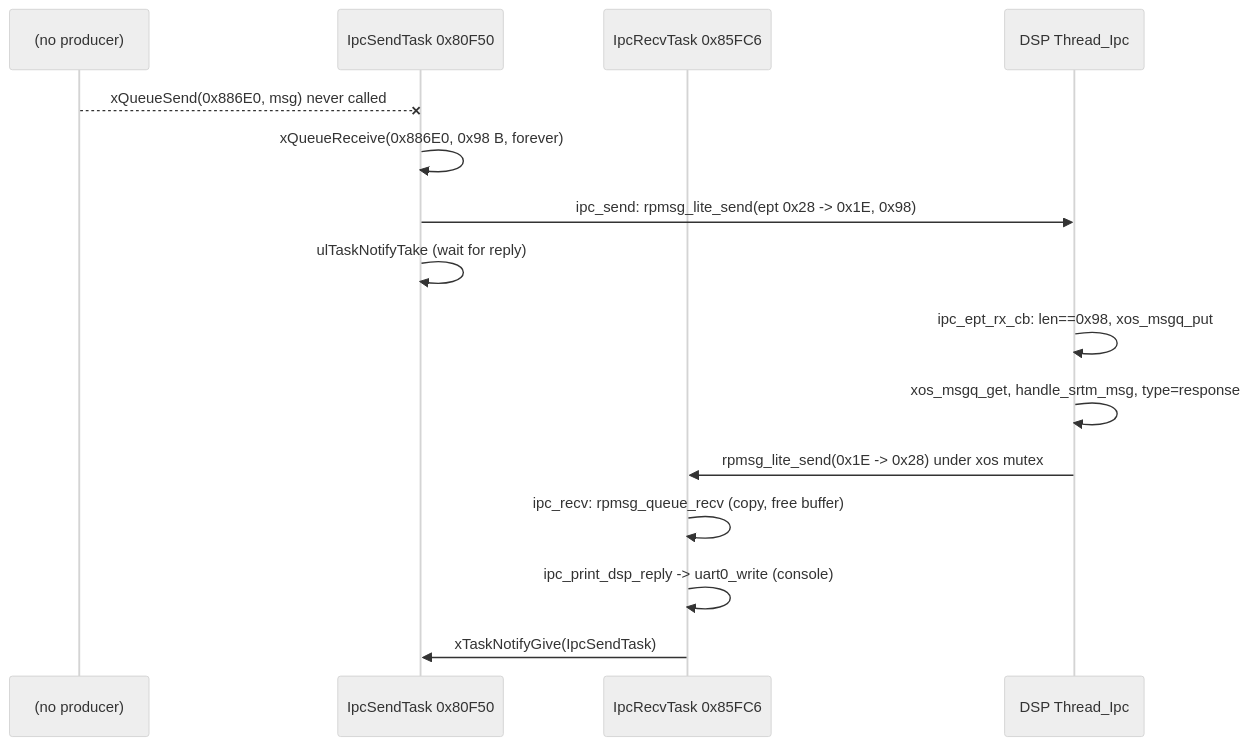
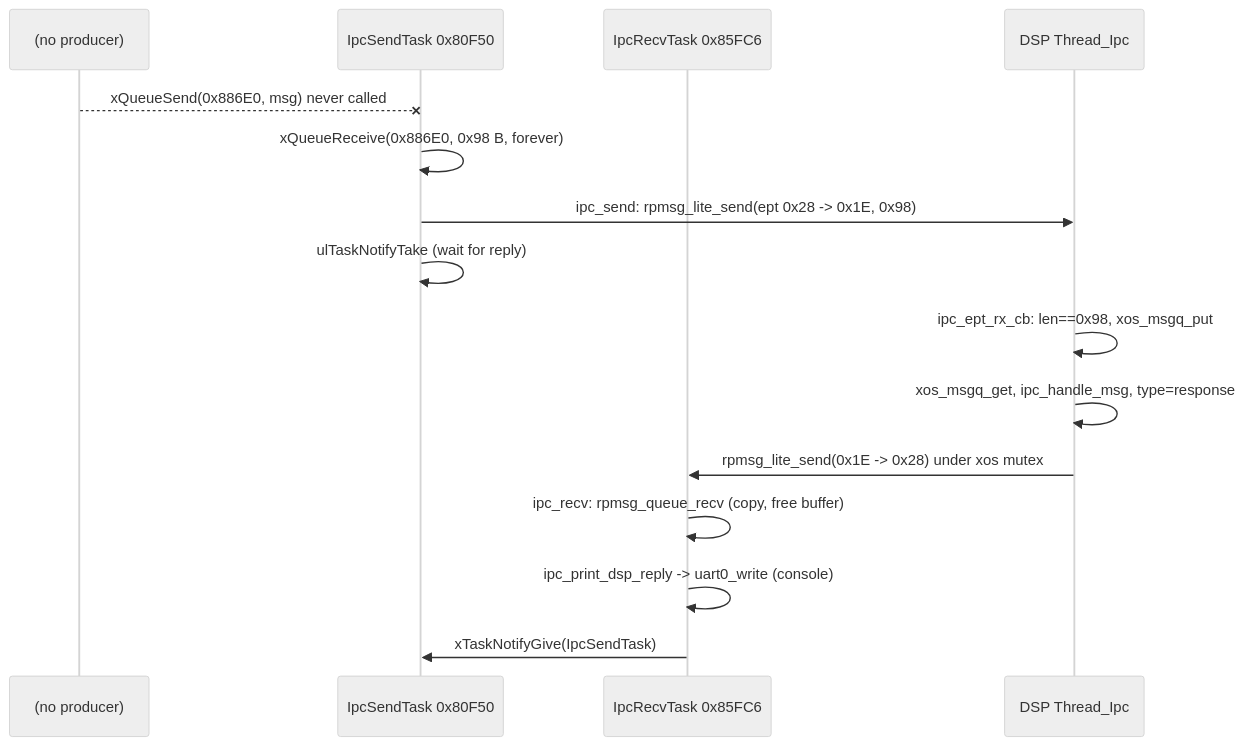
Before and after one commit to Reid-n0rc/FT-710_Firmware: the fourth of 4 diagrams in docs/code/ifdsp/ipc.md, drawn with Mermaid (neutral theme). The commit also changed other lines of this file and 29 other files, not shown here.

````diff
--- a/docs/code/ifdsp/ipc.md
+++ b/docs/code/ifdsp/ipc.md
@@ -256,17 +255,17 @@
 ```mermaid
 sequenceDiagram
   participant P as (no producer)
   participant S as IpcSendTask 0x80F50
   participant R as IpcRecvTask 0x85FC6
   participant D as DSP Thread_Ipc
   P--xS: xQueueSend(0x886E0, msg) never called
   S->>S: xQueueReceive(0x886E0, 0x98 B, forever)
   S->>D: ipc_send: rpmsg_lite_send(ept 0x28 -> 0x1E, 0x98)
   S->>S: ulTaskNotifyTake (wait for reply)
   D->>D: ipc_ept_rx_cb: len==0x98, xos_msgq_put
-  D->>D: xos_msgq_get, handle_srtm_msg, type=response
+  D->>D: xos_msgq_get, ipc_handle_msg, type=response
   D->>R: rpmsg_lite_send(0x1E -> 0x28) under xos mutex
   R->>R: ipc_recv: rpmsg_queue_recv (copy, free buffer)
   R->>R: ipc_print_dsp_reply -> uart0_write (console)
   R->>S: xTaskNotifyGive(IpcSendTask)
 ```
````
